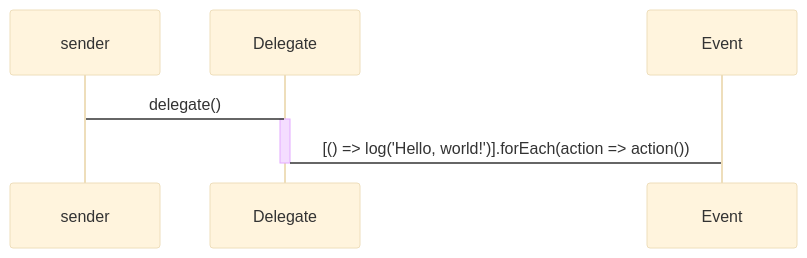
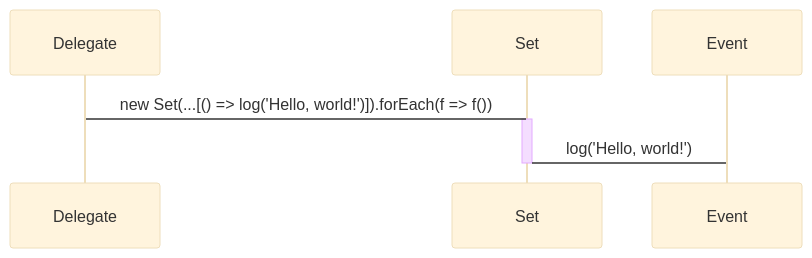
Before and after one commit to domrally/peekeasy: the second of 5 diagrams in README.md, drawn with Mermaid (base theme). The commit also changed other lines of this file, not shown here.

````diff
--- a/README.md
+++ b/README.md
@@ -78,7 +79,7 @@
 ```mermaid
 sequenceDiagram
-    sender->Delegate: delegate()
-    activate Delegate
-    Delegate->Event: [() => log('Hello, world!')].forEach(action => action())
-    deactivate Delegate
+    Delegate->Set: new Set(...[() => log('Hello, world!')]).forEach(f => f())
+    activate Set
+    Set->Event: log('Hello, world!')
+    deactivate Set
 ```
````
